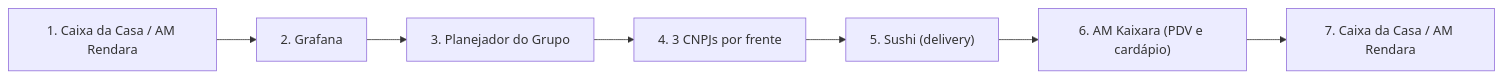
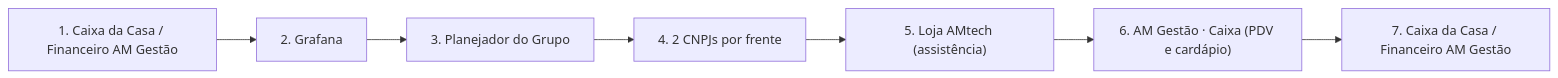
Diagram 12 of 22 in 11-setup-dev-setup/docs/fluxos.md (AlanMateus17/Portfolio-AMS-Obsidian-Vault), drawn with Mermaid before and after one commit. The commit also changed other lines of this file and 117 other files, not shown here.

````diff
--- a/11-setup-dev-setup/docs/fluxos.md
+++ b/11-setup-dev-setup/docs/fluxos.md
@@ -351,16 +351,16 @@
 ```mermaid
 flowchart LR
-  s0["1. Caixa da Casa / AM Rendara"]
+  s0["1. Caixa da Casa / Financeiro AM Gestão"]
   s1["2. Grafana"]
   s2["3. Planejador do Grupo"]
-  s3["4. 3 CNPJs por frente"]
-  s4["5. Sushi (delivery)"]
-  s5["6. AM Kaixara (PDV e cardápio)"]
-  s6["7. Caixa da Casa / AM Rendara"]
+  s3["4. 2 CNPJs por frente"]
+  s4["5. Loja AMtech (assistência)"]
+  s5["6. AM Gestão · Caixa (PDV e cardápio)"]
+  s6["7. Caixa da Casa / Financeiro AM Gestão"]
   s0 --> s1
   s1 --> s2
   s2 --> s3
   s3 --> s4
   s4 --> s5
   s5 --> s6
 ```
````
